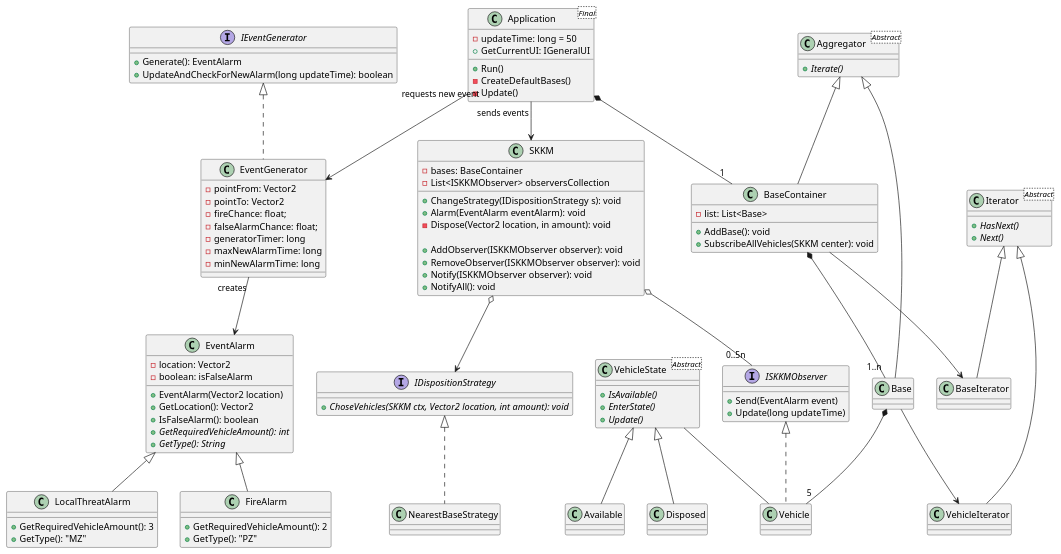
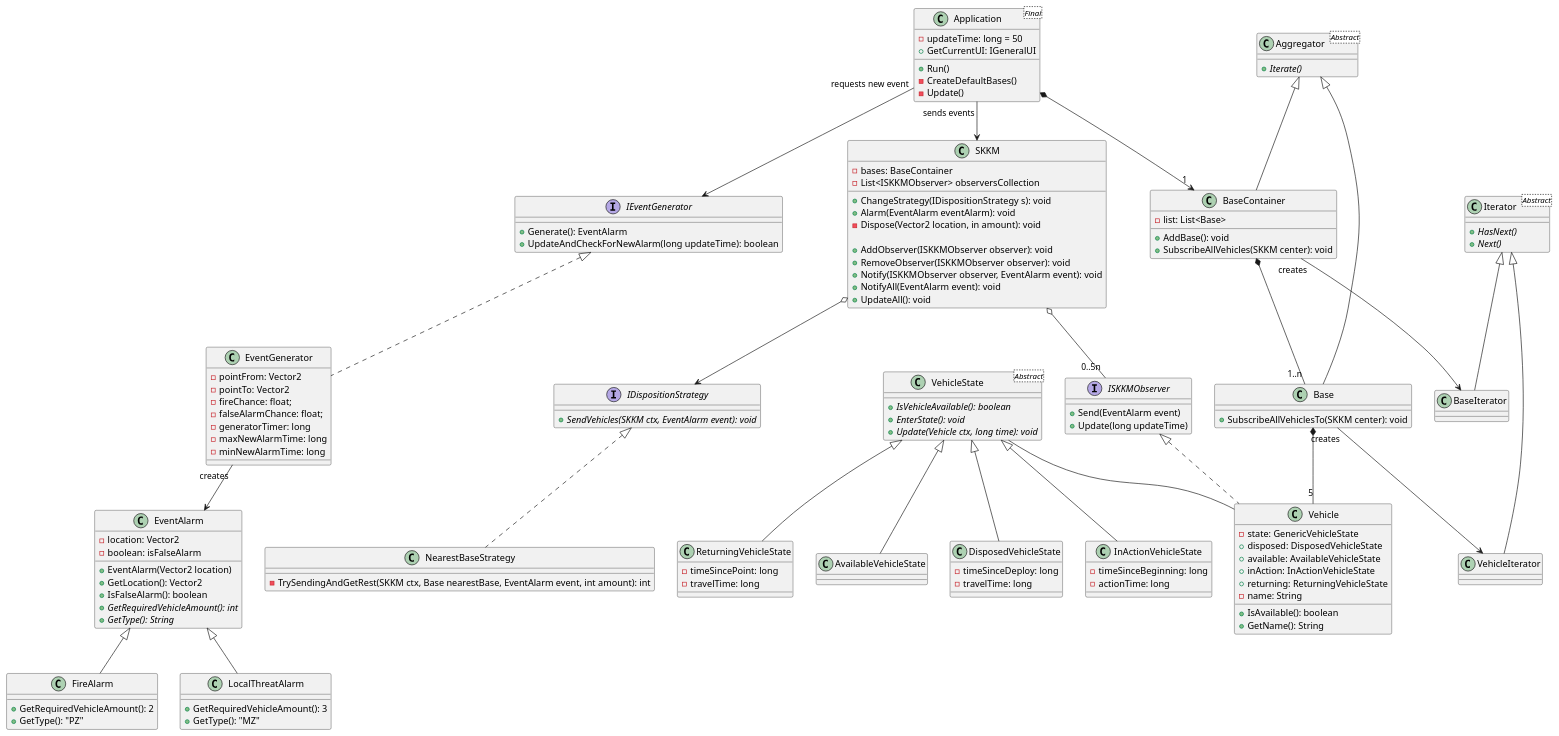
The diagram in src/uml.puml (CKTA00/TO_lab_5), drawn with PlantUML before and after one commit. The commit also changed 4 other files, not shown here.

Commit message:
Renamed some variables and functions. Updated uml

```diff
--- a/src/uml.puml
+++ b/src/uml.puml
@@ -1,143 +1,165 @@
 @startuml
 
 'TODO: Update uml (new VehicleStates, ui, many functions)
 
 class Application <Final>{
     -updateTime: long = 50
     +Run()
     +GetCurrentUI: IGeneralUI
     -CreateDefaultBases()
     -Update()
 }
 
 interface IEventGenerator{
     +Generate(): EventAlarm
     +UpdateAndCheckForNewAlarm(long updateTime): boolean
 }
 
 class EventGenerator implements IEventGenerator{
     -pointFrom: Vector2
     -pointTo: Vector2
     -fireChance: float;
     -falseAlarmChance: float;
     -generatorTimer: long
     -maxNewAlarmTime: long
     -minNewAlarmTime: long
 }
 
 class EventAlarm{
     -location: Vector2
     -boolean: isFalseAlarm
     +EventAlarm(Vector2 location)
     +GetLocation(): Vector2
     +IsFalseAlarm(): boolean
     +<i>GetRequiredVehicleAmount(): int
     +<i>GetType(): String
 }
 
 
 class FireAlarm extends EventAlarm{
     +GetRequiredVehicleAmount(): 2
     +GetType(): "PZ"
 }
 
 class LocalThreatAlarm extends EventAlarm{
     +GetRequiredVehicleAmount(): 3
     +GetType(): "MZ"
 }
 
 interface ISKKMObserver
 {
     +Send(EventAlarm event)
     +Update(long updateTime)
 }
 
 
 class SKKM{
     -bases: BaseContainer
     -List<ISKKMObserver> observersCollection
     +ChangeStrategy(IDispositionStrategy s): void
     +Alarm(EventAlarm eventAlarm): void
     -Dispose(Vector2 location, in amount): void
 
     +AddObserver(ISKKMObserver observer): void
     +RemoveObserver(ISKKMObserver observer): void
-    +Notify(ISKKMObserver observer): void
-    +NotifyAll(): void
+    +Notify(ISKKMObserver observer, EventAlarm event): void
+    +NotifyAll(EventAlarm event): void
+    +UpdateAll(): void
 }
 
 class Iterator<Abstract>{
     +<i>HasNext()
     +<i>Next()
 }
 class Aggregator<Abstract>{
     +<i>Iterate()
 }
 
 class BaseContainer extends Aggregator
 {
     -list: List<Base>
     +AddBase(): void
     +SubscribeAllVehicles(SKKM center): void
 }
 
 class BaseIterator extends Iterator
 {
 
 }
 
 class Base extends Aggregator
 {
-
+    +SubscribeAllVehiclesTo(SKKM center): void
 }
 
 class VehicleIterator extends Iterator
 {
 
 }
 
 class Vehicle implements ISKKMObserver{
+    -state: GenericVehicleState
+    +disposed: DisposedVehicleState
+    +available: AvailableVehicleState
+    +inAction: InActionVehicleState
+    +returning: ReturningVehicleState
+    -name: String
+
+    +IsAvailable(): boolean
+    +GetName(): String
+
 
 }
 
-
-
 interface IDispositionStrategy{
-    +<i>ChoseVehicles(SKKM ctx, Vector2 location, int amount): void
+    +<i>SendVehicles(SKKM ctx, EventAlarm event): void
 }
 
 class NearestBaseStrategy implements IDispositionStrategy {
+    -TrySendingAndGetRest(SKKM ctx, Base nearestBase, EventAlarm event, int amount): int
 }
 
 class VehicleState<Abstract>{
-    +<i>IsAvailable()</i>
-    +<i>EnterState()</i>
-    +<i>Update()</i>
+    +<i>IsVehicleAvailable(): boolean</i>
+    +<i>EnterState(): void</i>
+    +<i>Update(Vehicle ctx, long time): void</i>
 }
 
-class Available extends VehicleState{
+class AvailableVehicleState extends VehicleState{
 }
 
-class Disposed extends VehicleState{
+class DisposedVehicleState extends VehicleState{
+    -timeSinceDeploy: long
+    -travelTime: long
+}
+
+class InActionVehicleState extends VehicleState{
+    -timeSinceBeginning: long
+    -actionTime: long
+}
+
+class ReturningVehicleState extends VehicleState{
+    -timeSincePoint: long
+    -travelTime: long
 }
 
 
 'Fire ..> "can transition" FalseAlarm
 'OtherEvent ..> "can transition" FalseAlarm
 EventGenerator "creates" --> EventAlarm
 Application "sends events"--> SKKM
-Application "requests new event"--> EventGenerator
+Application "requests new event"--> IEventGenerator
 SKKM o-- "0..5n" ISKKMObserver
 SKKM o--> IDispositionStrategy
-Application *--"1" BaseContainer
+Application *-->"1" BaseContainer
 BaseContainer *--"1..n" Base
 Base *-- "5" Vehicle
 VehicleState -- Vehicle
 'Main ... NearestBaseStrategy
 
-Base --> VehicleIterator
-BaseContainer --> BaseIterator
+Base "creates"--> VehicleIterator
+BaseContainer "creates"--> BaseIterator
 
 
 'note left of EventManager: Update is called every frame\nand is defined by Unity Engine\nin MonoBehaviour
 @enduml
```
